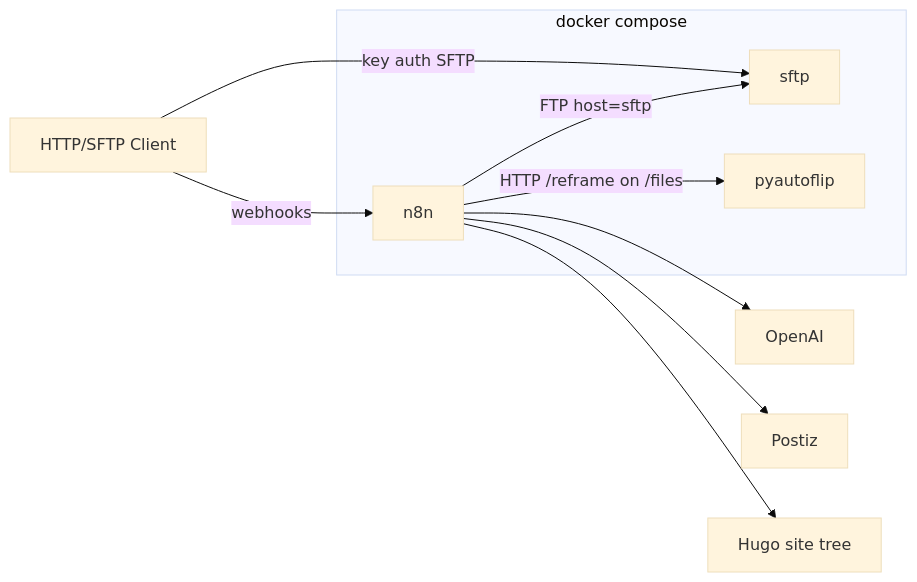
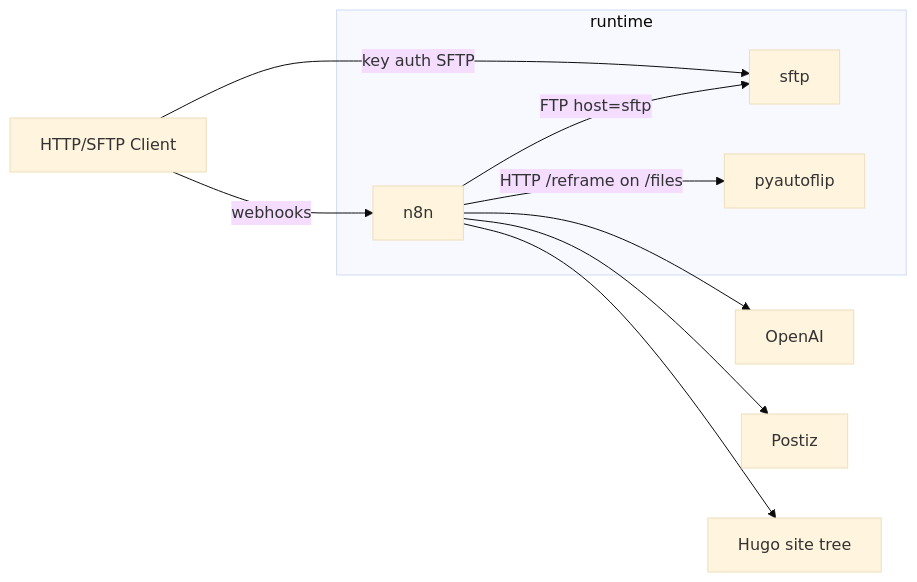
One commit to bbaumgartner/syndicator changed the diagram in README.md. Above: the diagram before and after it, drawn with Mermaid (base theme). The commit also changed other lines of this file, not shown here.

Commit message:
Improve readme Architecture and Software Design

````diff
--- a/README.md
+++ b/README.md
@@ -189,16 +229,16 @@
 ```mermaid
 flowchart LR
   Caller["HTTP/SFTP Client"]
-  subgraph compose ["docker compose"]
+  subgraph runtime ["runtime"]
     SFTP["sftp"]
     N8N["n8n"]
     PyAF["pyautoflip"]
   end
   Caller -->|key auth SFTP| SFTP
   Caller -->|webhooks| N8N
   N8N -->|FTP host=sftp| SFTP
   N8N -->|HTTP /reframe on /files| PyAF
   N8N --> OpenAI["OpenAI"]
   N8N --> Postiz["Postiz"]
   N8N --> Hugo["Hugo site tree"]
 ```
````
